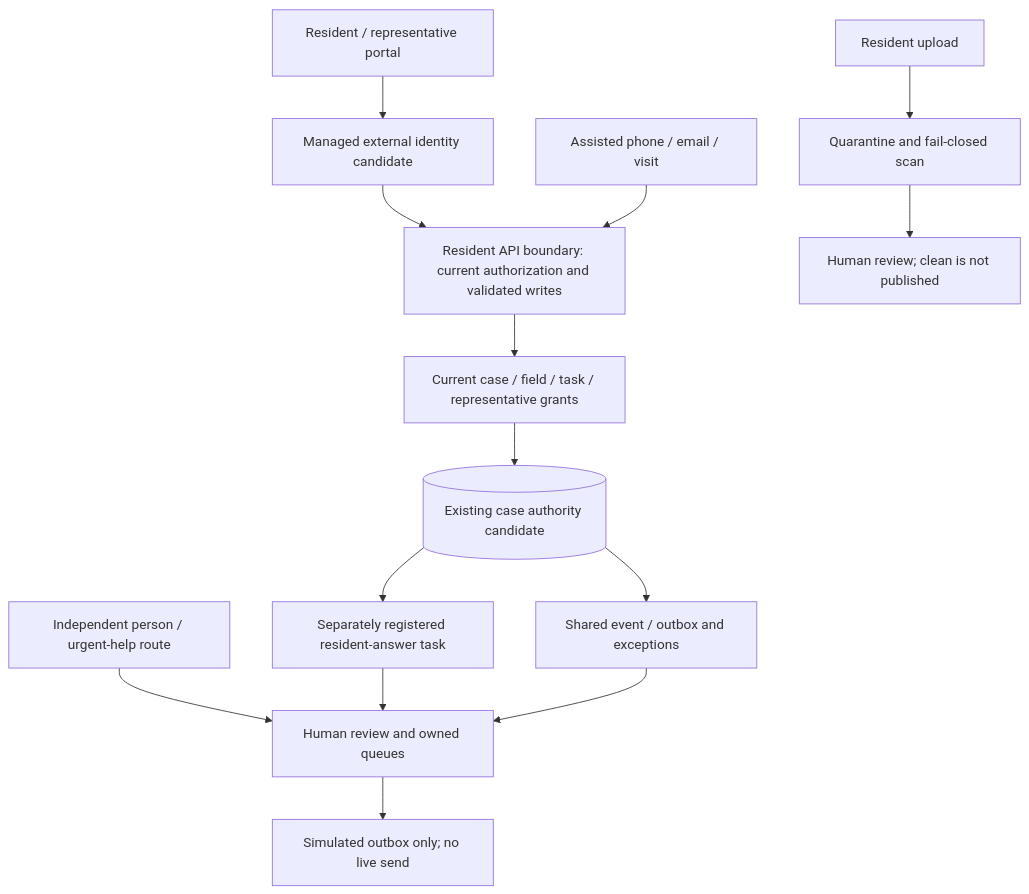
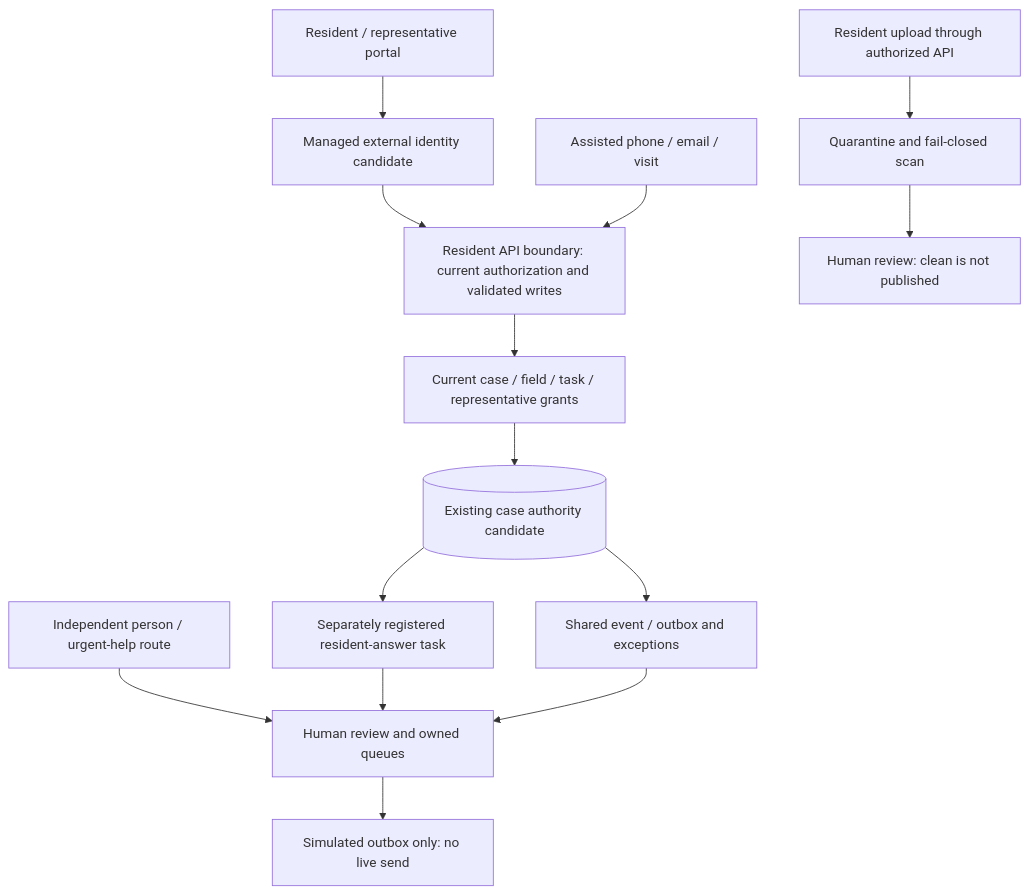
The diagram in .copilot-tracking/changes/2026-10-23/resident-portal-requirements-441/resident-service-unregistered-proposal.md (jmservera/ama), drawn with Mermaid before and after one commit. The commit also changed other lines of this file and 36 other files, not shown here.

````diff
--- a/.copilot-tracking/changes/2026-10-23/resident-portal-requirements-441/resident-service-unregistered-proposal.md
+++ b/.copilot-tracking/changes/2026-10-23/resident-portal-requirements-441/resident-service-unregistered-proposal.md
@@ -265,16 +586,16 @@
-~~~mermaid
+```mermaid
 flowchart TB
     resident[Resident / representative portal] --> identity[Managed external identity candidate]
     identity --> api[Resident API boundary: current authorization and validated writes]
     assisted[Assisted phone / email / visit] --> api
     help[Independent person / urgent-help route] --> humans[Human review and owned queues]
     api --> grants[Current case / field / task / representative grants]
-    grants --> case[(Existing case authority candidate)]
-    case --> events[Shared event / outbox and exceptions]
-    case --> task[Separately registered resident-answer task]
-    upload[Resident upload] --> quarantine[Quarantine and fail-closed scan]
-    quarantine --> review[Human review; clean is not published]
+    grants --> cases[(Existing case authority candidate)]
+    cases --> events[Shared event / outbox and exceptions]
+    cases --> task[Separately registered resident-answer task]
+    upload[Resident upload through authorized API] --> quarantine[Quarantine and fail-closed scan]
+    quarantine --> review[Human review: clean is not published]
     task --> humans
     events --> humans
-    humans --> simulated[Simulated outbox only; no live send]
-~~~
+    humans --> simulated[Simulated outbox only: no live send]
+```
````
